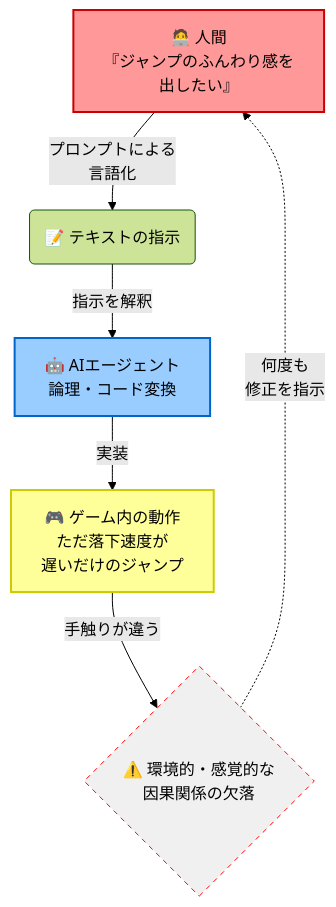
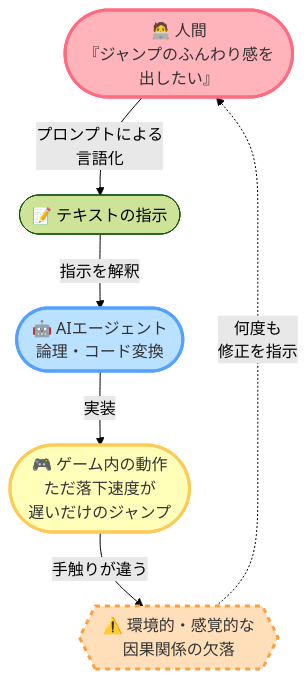
One commit to HarukiMitsui/Clio changed the first of 2 diagrams in articles/utopia-post-mortem.md. Above: the diagram before and after it, drawn with Mermaid (forest theme). The commit also changed other lines of this file and 1 other file, not shown here.

Commit message:
fix: resolve mermaid syntax error and apply pop style to diagrams

````diff
--- a/articles/utopia-post-mortem.md
+++ b/articles/utopia-post-mortem.md
@@ -29,13 +29,14 @@
 ```mermaid
 flowchart TD
-    classDef human fill:#ff9999,stroke:#cc0000,stroke-width:2px,color:#000
-    classDef ai fill:#99ccff,stroke:#0066cc,stroke-width:2px,color:#000
-    classDef output fill:#ffff99,stroke:#cccc00,stroke-width:2px,color:#000
-    classDef error fill:#f0f0f0,stroke:#ff0000,stroke-dasharray: 5 5,color:#000
+    %% ポップなテーマ設定
+    classDef human fill:#ffb3ba,stroke:#ff6b81,stroke-width:3px,color:#333
+    classDef ai fill:#bae1ff,stroke:#54a0ff,stroke-width:3px,color:#333
+    classDef output fill:#ffffba,stroke:#feca57,stroke-width:3px,color:#333
+    classDef error fill:#ffdfba,stroke:#ff9f43,stroke-width:3px,stroke-dasharray: 5 5,color:#333
 
-    H["🧑‍💻 人間<br/>『ジャンプのふんわり感を<br/>出したい』"]:::human -->|プロンプトによる<br/>言語化| P("📝 テキストの指示")
-    P -->|指示を解釈| A["🤖 AIエージェント<br/>論理・コード変換"]:::ai
-    A -->|実装| O["🎮 ゲーム内の動作<br/>ただ落下速度が<br/>遅いだけのジャンプ"]:::output
-    O -->|手触りが違う| E{"⚠️ 環境的・感覚的な<br/>因果関係の欠落"}:::error
+    H(["🧑‍💻 人間<br/>『ジャンプのふんわり感を<br/>出したい』"]):::human -->|プロンプトによる<br/>言語化| P(["📝 テキストの指示"])
+    P -->|指示を解釈| A(["🤖 AIエージェント<br/>論理・コード変換"]):::ai
+    A -->|実装| O(["🎮 ゲーム内の動作<br/>ただ落下速度が<br/>遅いだけのジャンプ"]):::output
+    O -->|手触りが違う| E{{"⚠️ 環境的・感覚的な<br/>因果関係の欠落"}}:::error
     E -.->|何度も<br/>修正を指示| H
 ```
````
